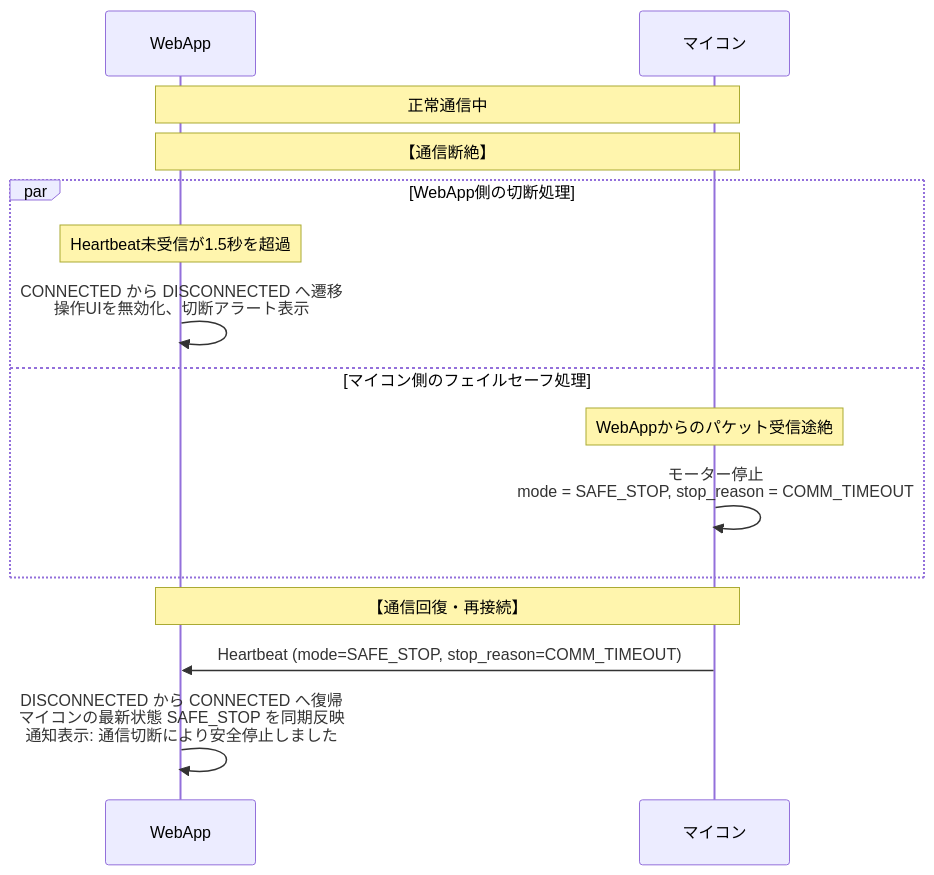
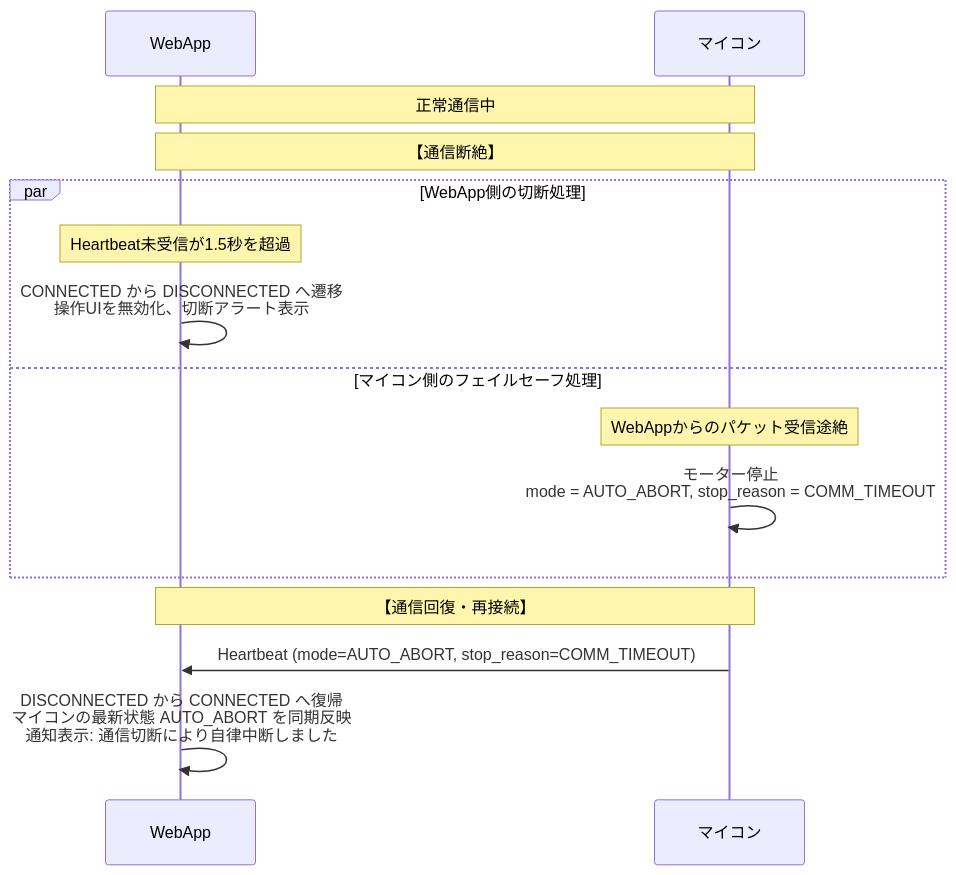
One commit to tut-cc/mini-4wd-webapp changed the seventh of 7 diagrams in docs/sequences.md. Above: the diagram before and after it, drawn with Mermaid. The commit also changed other lines of this file and 16 other files, not shown here.

Commit message:
refactor: rename SAFE_STOP/EMERGENCY_STOP to AUTO_ABORT/MANUAL_ABORT and update docs

````diff
--- a/docs/sequences.md
+++ b/docs/sequences.md
@@ -222,22 +222,22 @@
 ```mermaid
 sequenceDiagram
     participant W as WebApp
     participant M as マイコン
 
     Note over W, M: 正常通信中
 
     Note over W, M: 【通信断絶】
 
     par WebApp側の切断処理
         Note over W: Heartbeat未受信が1.5秒を超過
         W->>W: CONNECTED から DISCONNECTED へ遷移<br/>操作UIを無効化、切断アラート表示
     and マイコン側のフェイルセーフ処理
         Note over M: WebAppからのパケット受信途絶
-        M->>M: モーター停止<br/>mode = SAFE_STOP, stop_reason = COMM_TIMEOUT
+        M->>M: モーター停止<br/>mode = AUTO_ABORT, stop_reason = COMM_TIMEOUT
     end
 
     Note over W, M: 【通信回復・再接続】
 
-    M->>W: Heartbeat (mode=SAFE_STOP, stop_reason=COMM_TIMEOUT)
-    W->>W: DISCONNECTED から CONNECTED へ復帰<br/>マイコンの最新状態 SAFE_STOP を同期反映<br/>通知表示: 通信切断により安全停止しました
+    M->>W: Heartbeat (mode=AUTO_ABORT, stop_reason=COMM_TIMEOUT)
+    W->>W: DISCONNECTED から CONNECTED へ復帰<br/>マイコンの最新状態 AUTO_ABORT を同期反映<br/>通知表示: 通信切断により自律中断しました
 ```
````
